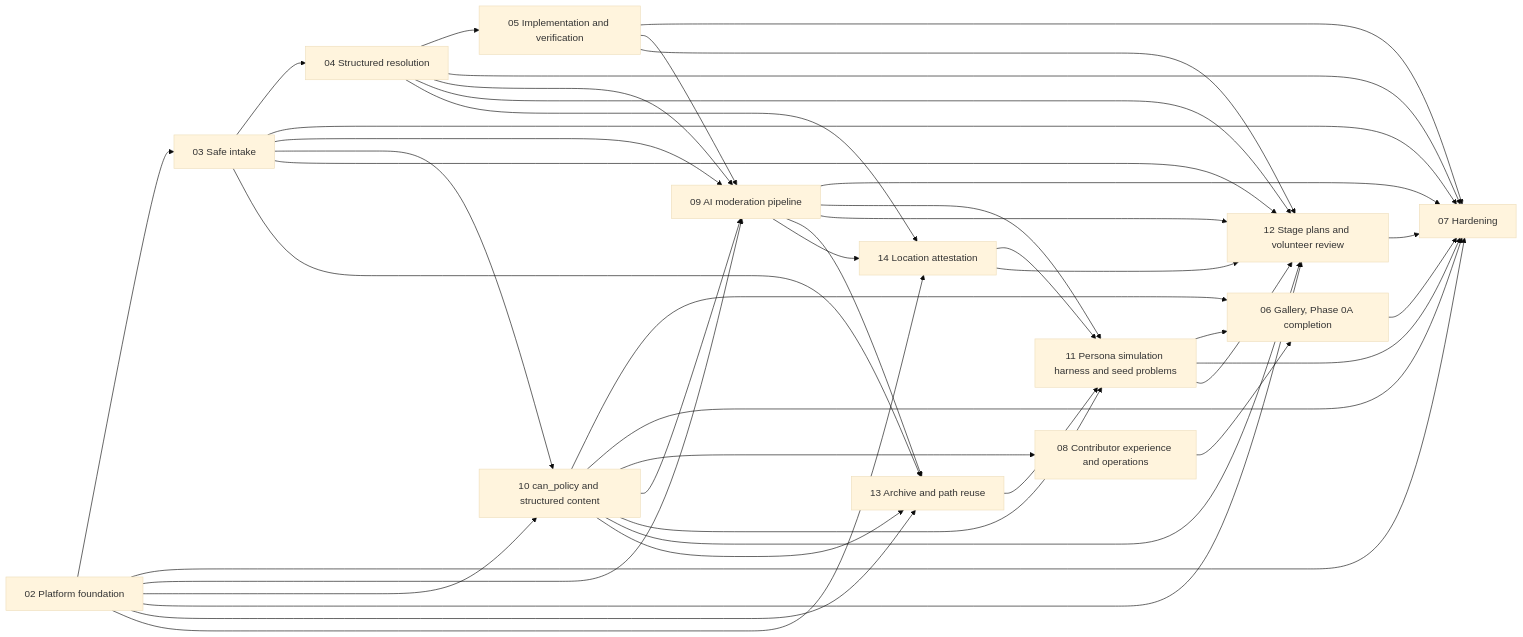
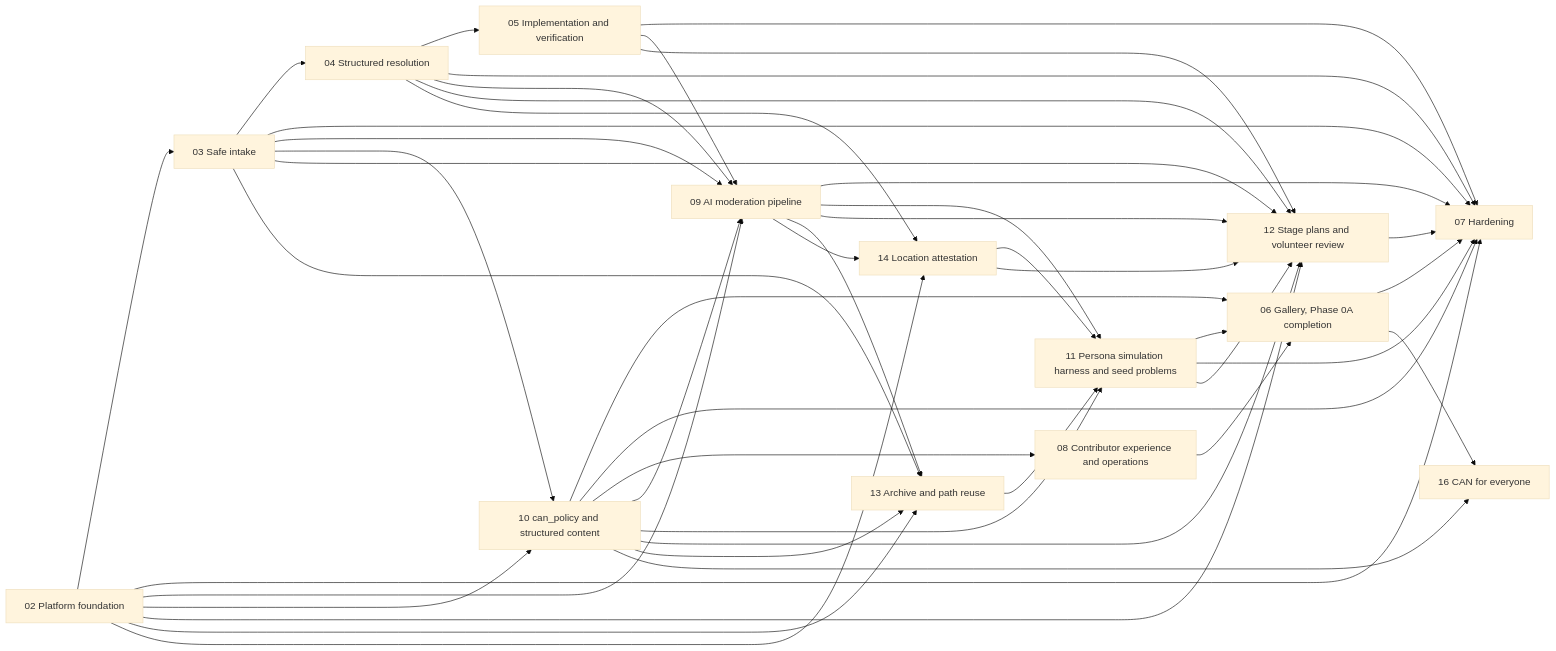
One commit to community-action-network-oss/community_action_network_oss changed the diagram in plans/00-ROOT.md. Above: the diagram before and after it, drawn with Mermaid (base theme). The commit also changed other lines of this file and 33 other files, not shown here.

First line of the commit message:
W14 P0: D-80 CAN for everyone, plan 16 runs first, gallery skill briefed

````diff
--- a/plans/00-ROOT.md
+++ b/plans/00-ROOT.md
@@ -50,58 +51,61 @@
 ```mermaid
 flowchart LR
   p02["02 Platform foundation"]
   p03["03 Safe intake"]
   p04["04 Structured resolution"]
   p05["05 Implementation and verification"]
   p06["06 Gallery, Phase 0A completion"]
   p07["07 Hardening"]
   p08["08 Contributor experience and operations"]
   p09["09 AI moderation pipeline"]
   p10["10 can_policy and structured content"]
   p11["11 Persona simulation harness and seed problems"]
   p12["12 Stage plans and volunteer review"]
   p13["13 Archive and path reuse"]
   p14["14 Location attestation"]
+  p16["16 CAN for everyone"]
   p02 --> p03
   p03 --> p04
   p04 --> p05
   p08 --> p06
   p10 --> p06
   p11 --> p06
   p02 --> p07
   p03 --> p07
   p04 --> p07
   p05 --> p07
   p06 --> p07
   p09 --> p07
   p10 --> p07
   p11 --> p07
   p12 --> p07
   p10 --> p08
   p02 --> p09
   p03 --> p09
   p04 --> p09
   p05 --> p09
   p10 --> p09
   p02 --> p10
   p03 --> p10
   p09 --> p11
   p10 --> p11
   p13 --> p11
   p14 --> p11
   p02 --> p12
   p03 --> p12
   p04 --> p12
   p05 --> p12
   p09 --> p12
   p10 --> p12
   p11 --> p12
   p14 --> p12
   p02 --> p13
   p03 --> p13
   p09 --> p13
   p10 --> p13
   p02 --> p14
   p04 --> p14
   p09 --> p14
+  p06 --> p16
+  p10 --> p16
 ```
````
